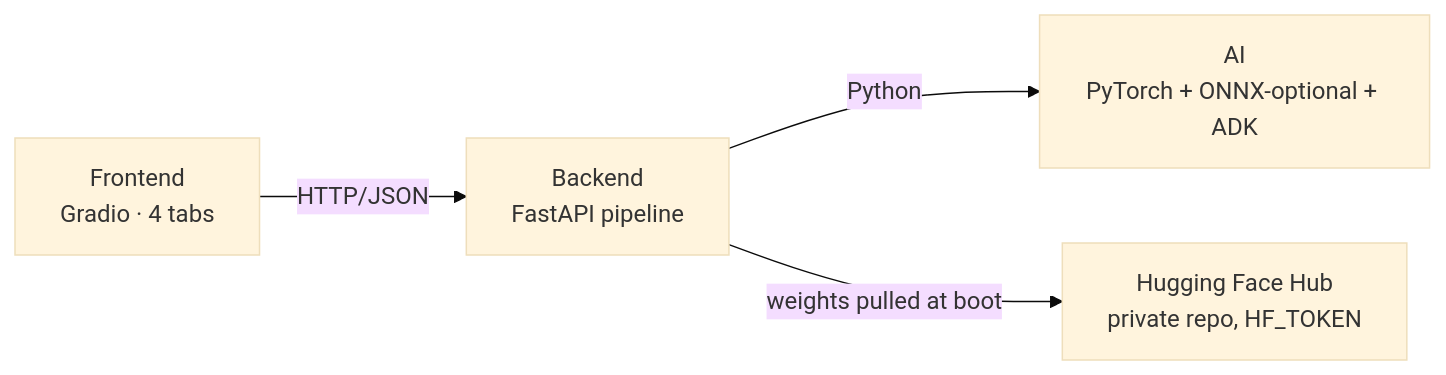
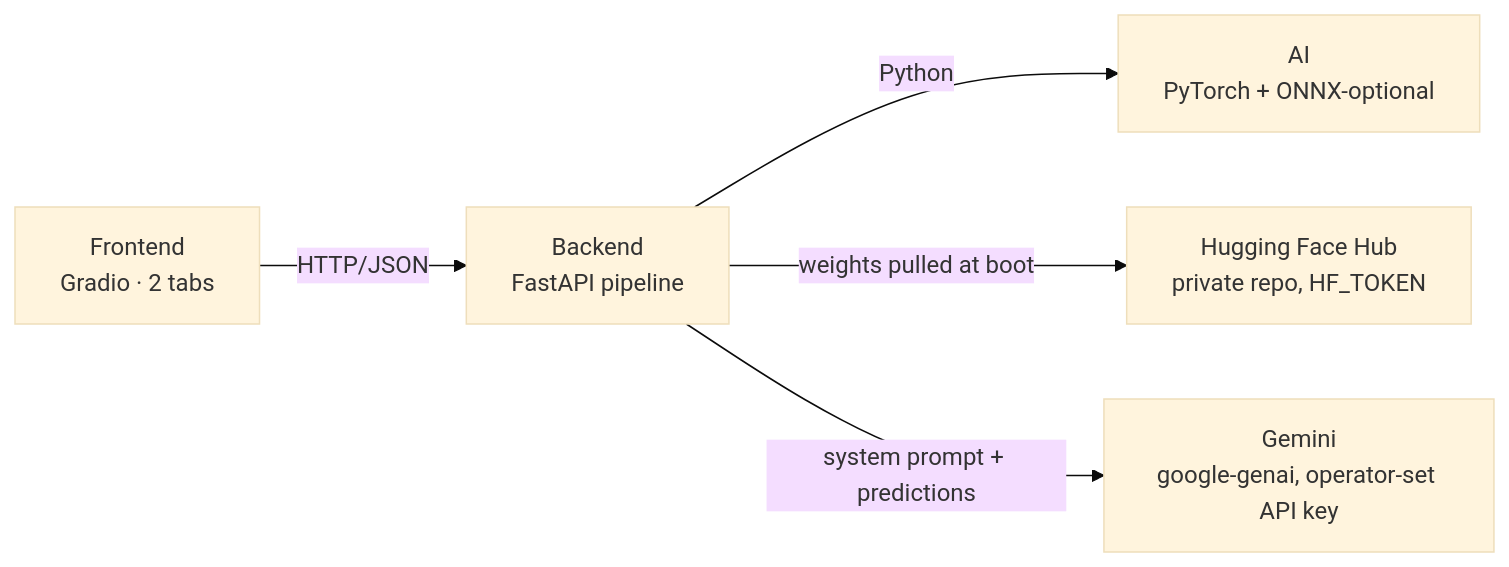
The diagram in README.md (FJCU-AI-APPLICATION/Tongue-Diagnosis), drawn with Mermaid (base theme) before and after one commit. The commit also changed other lines of this file and 3 other files, not shown here.

````diff
--- a/README.md
+++ b/README.md
@@ -5,11 +5,13 @@
 ```mermaid
 flowchart LR
-    FE["Frontend<br/>Gradio · 4 tabs"]
+    FE["Frontend<br/>Gradio · 2 tabs"]
     BE["Backend<br/>FastAPI pipeline"]
-    AI["AI<br/>PyTorch + ONNX-optional + ADK"]
+    AI["AI<br/>PyTorch + ONNX-optional"]
     HF["Hugging Face Hub<br/>private repo, HF_TOKEN"]
+    GG["Gemini<br/>google-genai, operator-set API key"]
 
     FE -- "HTTP/JSON" --> BE
     BE -- "Python" --> AI
     BE -- "weights pulled at boot" --> HF
+    BE -- "system prompt + predictions" --> GG
 ```
````
